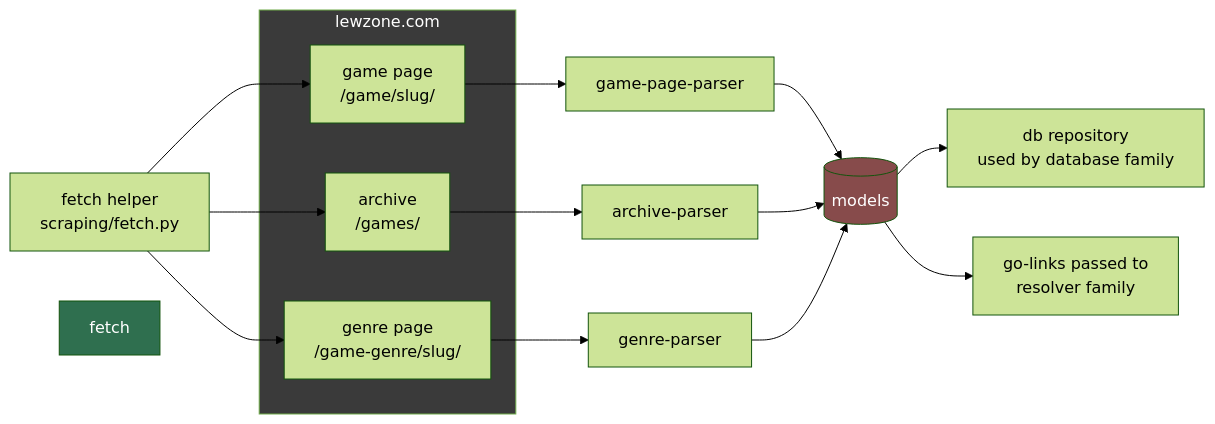
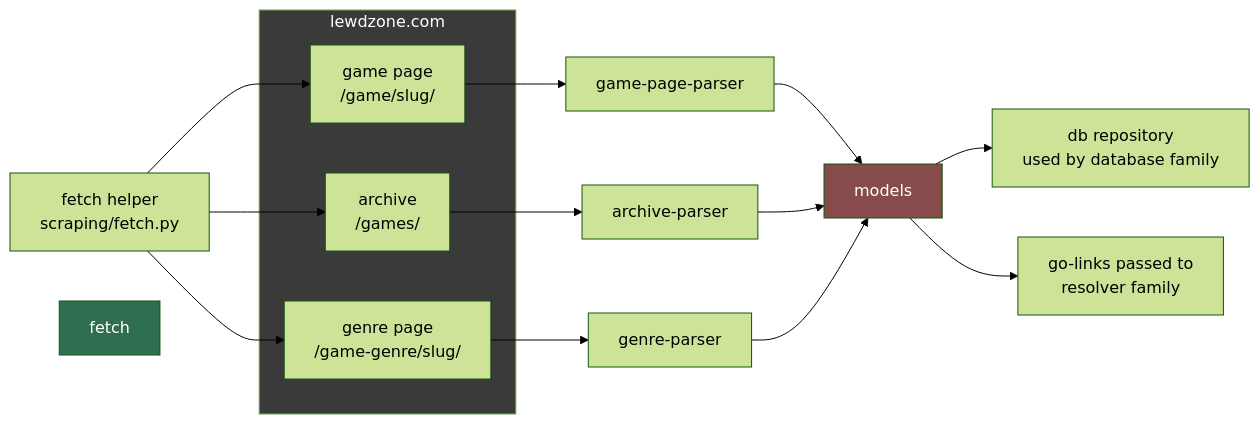
Before and after one commit to HELIX-Origin/LewdZone-Launcher: the diagram in .agents/agents/scraper/scraper.md, drawn with Mermaid (forest theme). The commit also changed 35 other files, not shown here.

First line of the commit message:
🎨 fix(agents): make all mermaid diagrams Rule 09 compliant

````diff
--- a/.agents/agents/scraper/scraper.md
+++ b/.agents/agents/scraper/scraper.md
@@ -51,27 +51,27 @@
 ```mermaid
 flowchart LR
-    subgraph Site [lewzone.com]
-        A[game page<br/>/game/slug/]
-        B[archive<br/>/games/]
-        C[genre page<br/>/game-genre/slug/]
+    subgraph Site["lewdzone.com"]
+        A["game page<br/>/game/slug/"]
+        B["archive<br/>/games/"]
+        C["genre page<br/>/game-genre/slug/"]
     end
 
-    F[fetch helper<br/>scraping/fetch.py] --> A
+    F["fetch helper<br/>scraping/fetch.py"] --> A
     F --> B
     F --> C
 
     A --> P1[game-page-parser]
     B --> P2[archive-parser]
     C --> P3[genre-parser]
 
-    P1 --> M1[(models)]
+    P1 --> M1["models"]
     P2 --> M1
     P3 --> M1
 
-    M1 --> DB[db repository<br/>used by database family]
-    M1 --> R[go-links passed to<br/>resolver family]
+    M1 --> DB["db repository<br/>used by database family"]
+    M1 --> R["go-links passed to<br/>resolver family"]
 
     style Site fill:#3a3a3a,color:#fff
     style fetch fill:#2f6f4f,color:#fff
     style M1 fill:#874b4b,color:#fff
 ```
````
